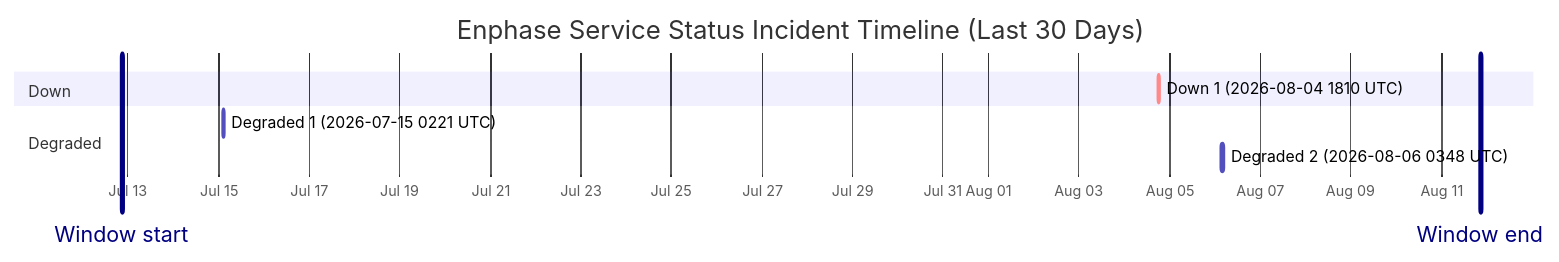
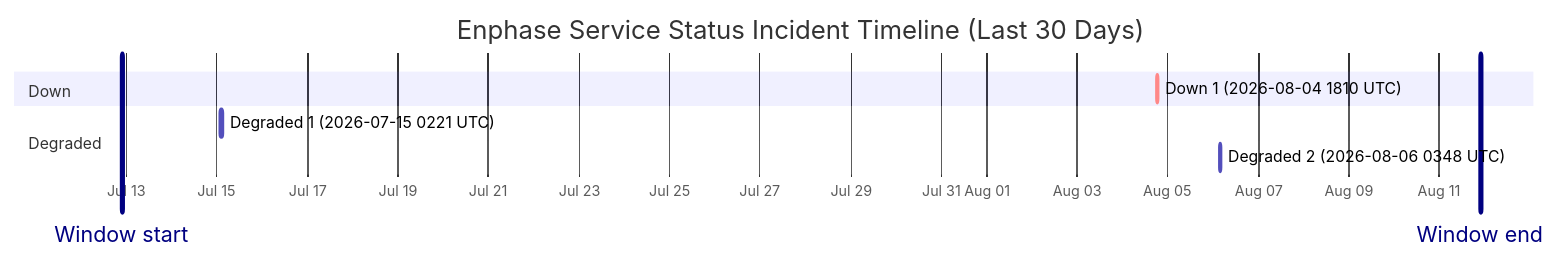
One commit to barneyonline/ha-enphase-energy changed the diagram in wiki/Service-Status-History.md. Above: the diagram before and after it, drawn with Mermaid. The commit also changed other lines of this file and 3 other files, not shown here.

````diff
--- a/wiki/Service-Status-History.md
+++ b/wiki/Service-Status-History.md
@@ -14,13 +14,13 @@
 ```mermaid
 gantt
     title Enphase Service Status Incident Timeline (Last 30 Days)
     dateFormat  YYYY-MM-DDTHH:mm:ss
     axisFormat  %b %d
-    Window start :vert, window-start, 2026-07-12T20:40:19, 0ms
-    Window end :vert, window-end, 2026-08-11T20:40:19, 0ms
+    Window start :vert, window-start, 2026-07-12T21:43:15, 0ms
+    Window end :vert, window-end, 2026-08-11T21:43:15, 0ms
     section Down
     Down 1 (2026-08-04 1810 UTC) :crit, down-1, 2026-08-04T18:10:46, 60m
     section Degraded
     Degraded 1 (2026-07-15 0221 UTC) :active, degraded-1, 2026-07-15T02:21:35, 60m
     Degraded 2 (2026-08-06 0348 UTC) :active, degraded-2, 2026-08-06T03:48:14, 60m
 ```
````
